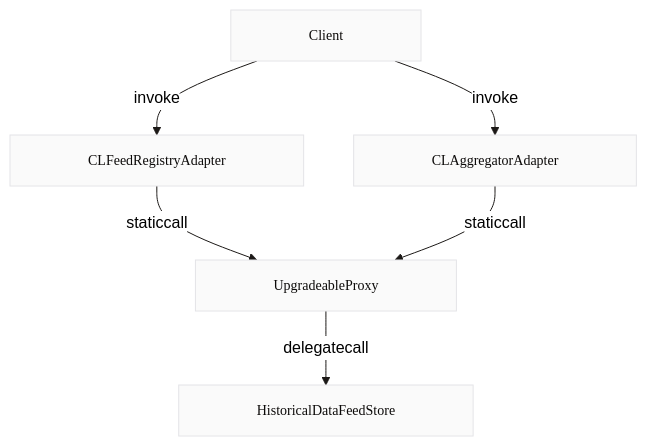
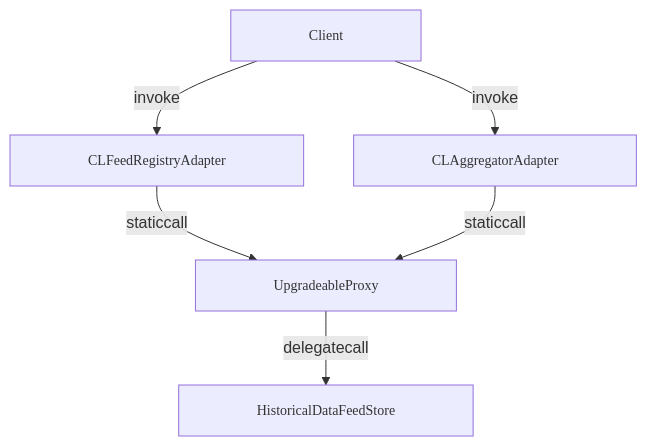
The diagram in apps/docs.blocksense.network/app/docs/contracts/overview/page.mdx (blocksense-network/blocksense-infra-test), drawn with Mermaid before and after one commit. The commit also changed 2 other files, not shown here.

Commit message:
feat(docs.ws): Use Nextra support for mermaid and switching themes

````diff
--- a/apps/docs.blocksense.network/app/docs/contracts/overview/page.mdx
+++ b/apps/docs.blocksense.network/app/docs/contracts/overview/page.mdx
@@ -22,35 +22,29 @@
 ```mermaid
 ---
 config:
     rightAngles: true
-    theme: neutral
-    primaryColor: "#d0d0d0"
-    signalColor: "FF0000"
-    signalTextColor: "#808080"
 ---
 graph TD
-    classDef clientNode fill:#fafafa,color:#0c0a09,stroke:#e4e4e7,stroke-width:1px,shadow:2px 2px 5px #888888, display:block, padding:0rem 3rem, font-size: 0.875rem, font-family:'Fira Code', monospace;
-    classDef feedNode,proxyNode,dataNode fill:#fafafa,color:#0c0a09,stroke:#e4e4e7,stroke-width:1px,shadow:2px 2px 5px #888888, display:block, padding:0rem 3rem, font-size: 0.875rem, font-family:'Fira Code', monospace;
+    classDef clientNode display:block, padding:0rem 3rem, font-size: 0.875rem, font-family:'Fira Code', monospace;
+    classDef feedNode,proxyNode,dataNode display:block, padding:0rem 3rem, font-size: 0.875rem, font-family:'Fira Code', monospace;
     classDef feedNode:hover,proxyNode:hover,dataNode:hover fill:#fafafa,color:#0000EE,stroke:#e4e4e7,stroke-width:1px,shadow:2px 2px 5px #888888, display:block, padding:0rem 3rem, font-size: 0.875rem, font-family:'Fira Code', monospace, text-decoration: underline, text-underline-offset: 4px;
-
-    linkStyle default fill:none,stroke-width:1px,stroke:#1c1917
 
     A[Client] -->|invoke| E
     A -->|invoke| B
     B[CLFeedRegistryAdapter] -->|staticcall| C[UpgradeableProxy]
     C -->|delegatecall| D[HistoricalDataFeedStore]
     E[CLAggregatorAdapter] -->|staticcall| C
 
     click B "/docs/contracts/reference-documentation/cl-feed-registry-adapter" "Go to CLFeedRegistryAdapter"
     click C "/docs/contracts/reference-documentation/upgradeable-proxy" "Go to UpgradeableProxy"
     click D "/docs/contracts/reference-documentation/historical-data-feed-store-v2" "Go to HistoricalDataFeedStoreV2"
     click E "/docs/contracts/reference-documentation/cl-aggregator-adapter" "Go to CLAggregatorAdapter"
 
     class A clientNode
     class B,E feedNode
     class C proxyNode
     class D dataNode
     class A,B,E invokeEdge
     class B,C,E staticcallEdge
     class C,D delegatecallEdge
 ```
````
